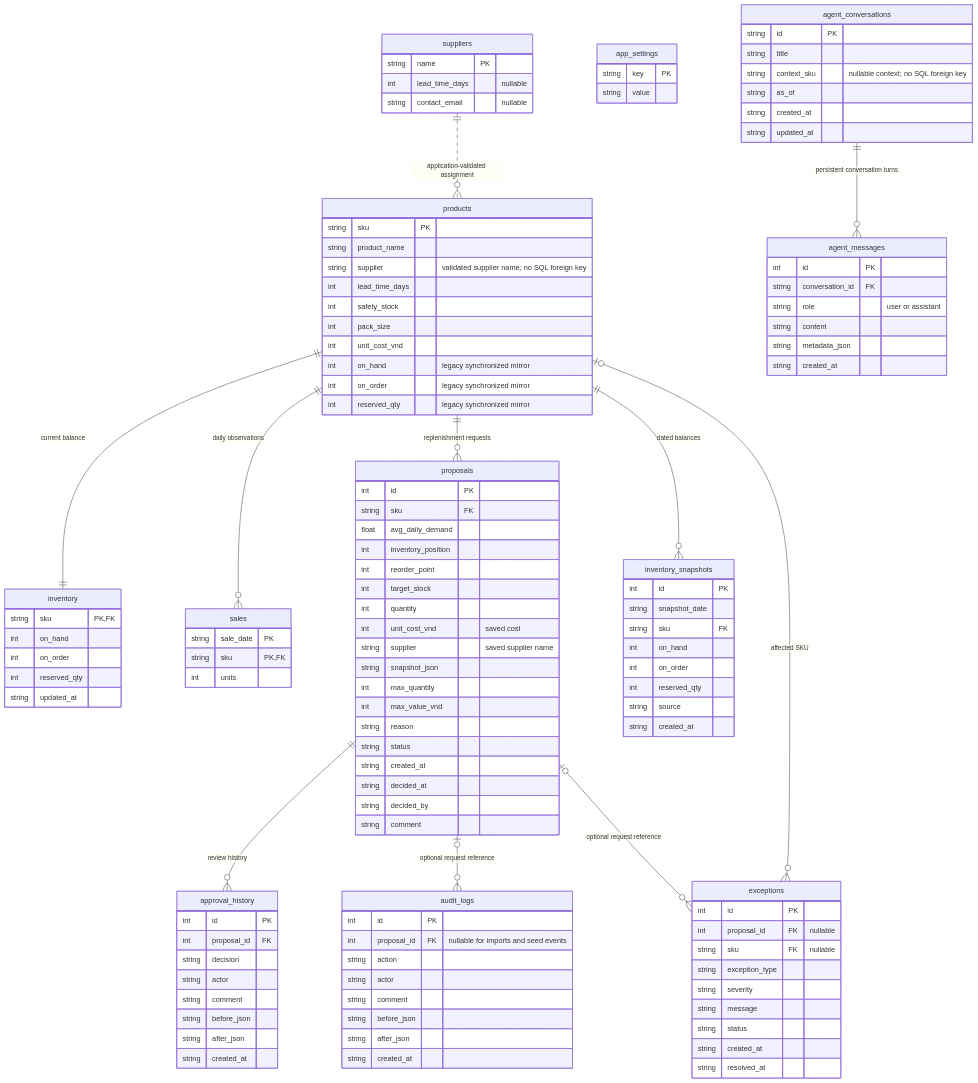
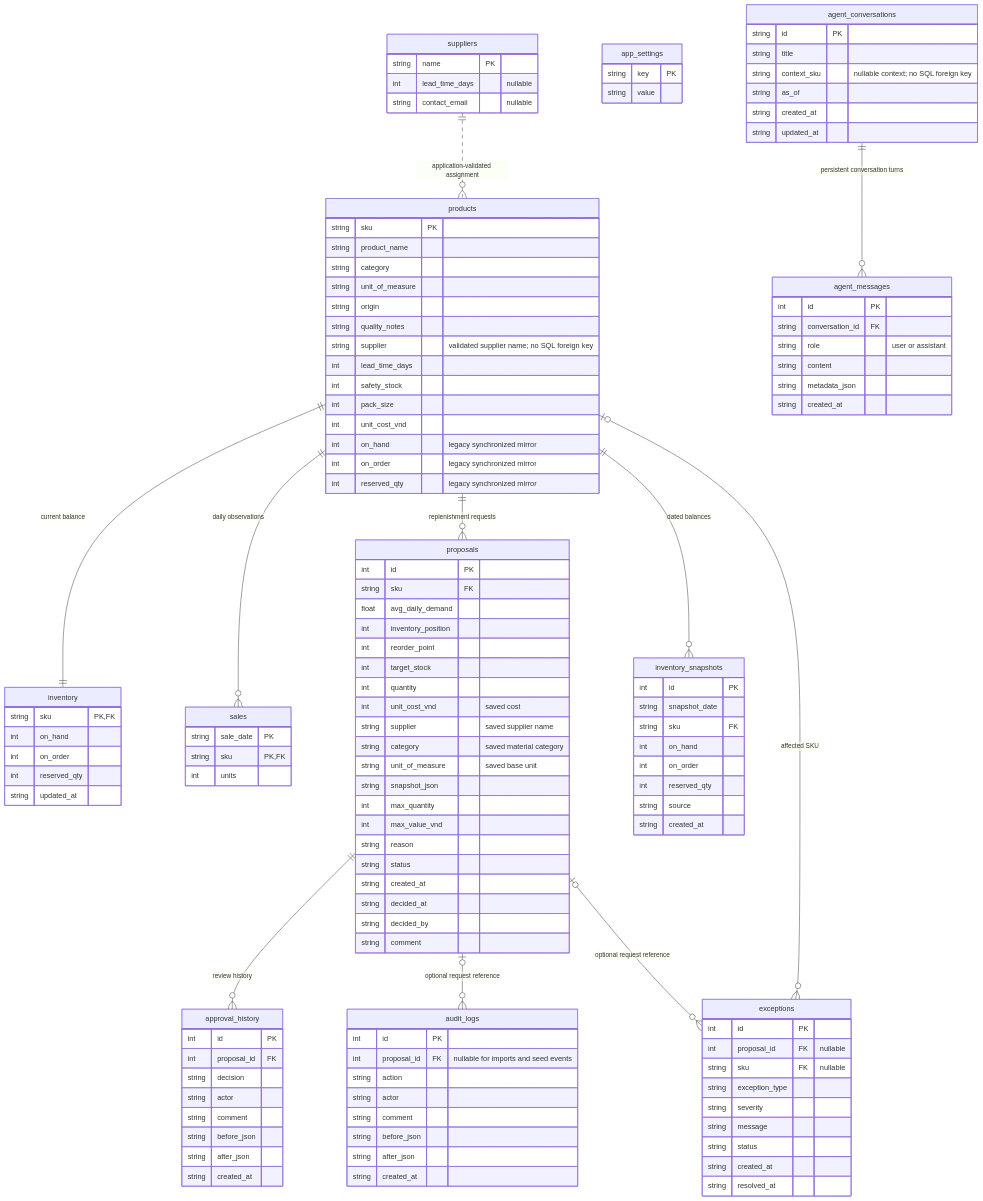
One commit to yennhinguyenuit/procureflow-ai changed the second of 2 diagrams in docs/ARCHITECTURE.md. Above: the diagram before and after it, drawn with Mermaid. The commit also changed other lines of this file and 66 other files, not shown here.

```diff
--- a/docs/ARCHITECTURE.md
+++ b/docs/ARCHITECTURE.md
@@ -59,6 +59,10 @@
     products {
         string sku PK
         string product_name
+        string category
+        string unit_of_measure
+        string origin
+        string quality_notes
         string supplier "validated supplier name; no SQL foreign key"
         int lead_time_days
         int safety_stock
@@ -90,6 +94,8 @@
         int quantity
         int unit_cost_vnd "saved cost"
         string supplier "saved supplier name"
+        string category "saved material category"
+        string unit_of_measure "saved base unit"
         string snapshot_json
         int max_quantity
         int max_value_vnd
```
